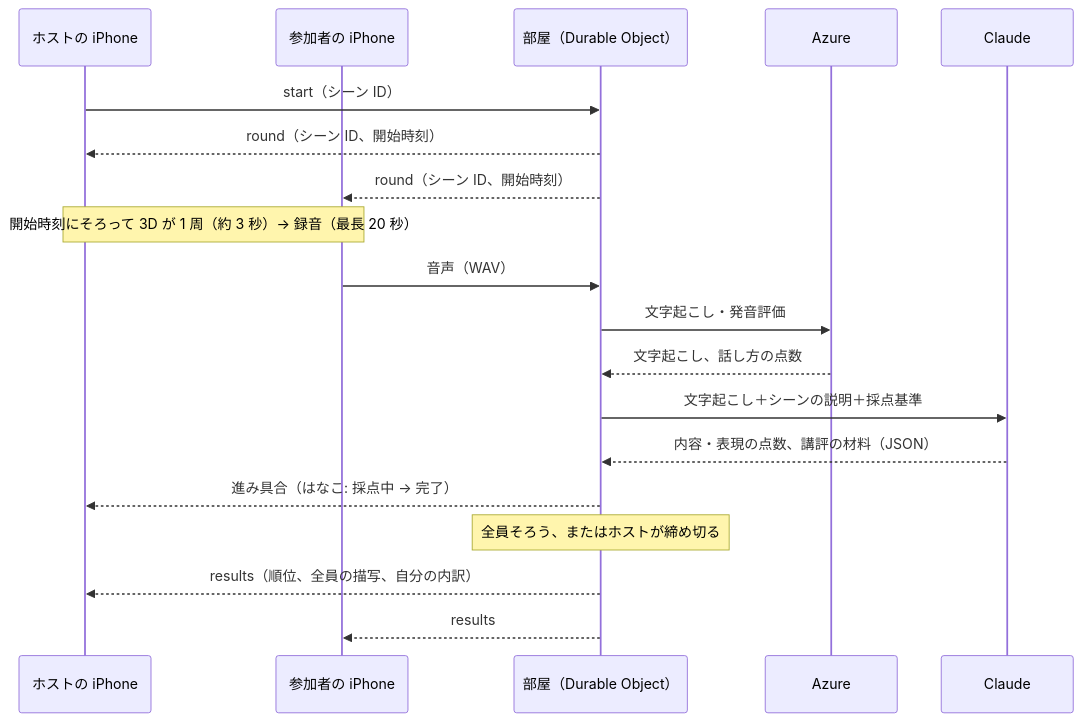
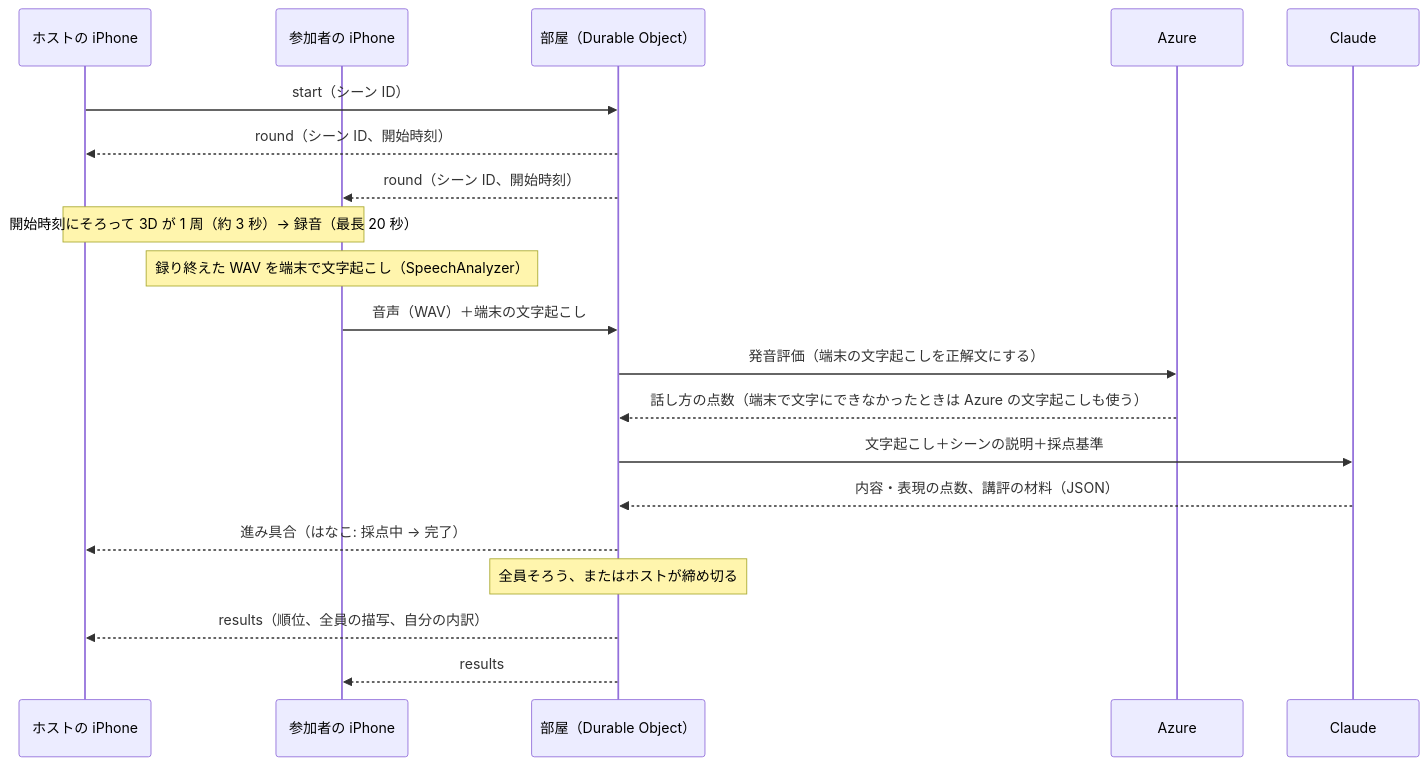
One commit to jphacks/ng_2622 changed the second of 2 diagrams in docs/design/architecture.md. Above: the diagram before and after it, drawn with Mermaid. The commit also changed 11 other files, not shown here.

First line of the commit message:
feat: 文字起こしを iPhone の SpeechAnalyzer で行う

````diff
--- a/docs/design/architecture.md
+++ b/docs/design/architecture.md
@@ -34,21 +34,22 @@
 ```mermaid
 sequenceDiagram
   participant H as ホストの iPhone
   participant P as 参加者の iPhone
   participant R as 部屋（Durable Object）
   participant Az as Azure
   participant Cl as Claude
   H->>R: start（シーン ID）
   R-->>H: round（シーン ID、開始時刻）
   R-->>P: round（シーン ID、開始時刻）
   Note over H,P: 開始時刻にそろって 3D が 1 周（約 3 秒）→ 録音（最長 20 秒）
-  P->>R: 音声（WAV）
-  R->>Az: 文字起こし・発音評価
-  Az-->>R: 文字起こし、話し方の点数
+  Note over P: 録り終えた WAV を端末で文字起こし（SpeechAnalyzer）
+  P->>R: 音声（WAV）＋端末の文字起こし
+  R->>Az: 発音評価（端末の文字起こしを正解文にする）
+  Az-->>R: 話し方の点数（端末で文字にできなかったときは Azure の文字起こしも使う）
   R->>Cl: 文字起こし＋シーンの説明＋採点基準
   Cl-->>R: 内容・表現の点数、講評の材料（JSON）
   R-->>H: 進み具合（はなこ: 採点中 → 完了）
   Note over R: 全員そろう、またはホストが締め切る
   R-->>H: results（順位、全員の描写、自分の内訳）
   R-->>P: results
 ```
````
